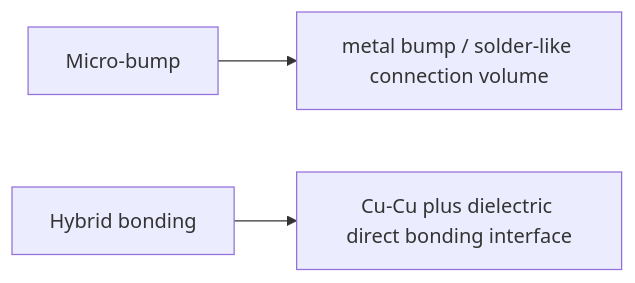
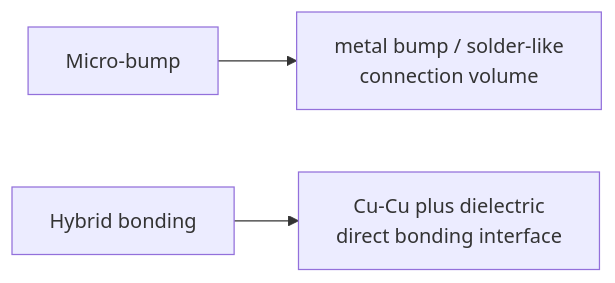
Before and after one commit to microarch-flow/wiki: the first of 3 diagrams in series/chip-development/FAB/wiki/04-back-end-packaging/3d-routes/micro-bump-vs-hybrid-bonding.md, drawn with Mermaid. The commit also changed 13 other files, not shown here.

Commit message:
Keep chip development diagrams readable on narrow screens

````diff
--- a/series/chip-development/FAB/wiki/04-back-end-packaging/3d-routes/micro-bump-vs-hybrid-bonding.md
+++ b/series/chip-development/FAB/wiki/04-back-end-packaging/3d-routes/micro-bump-vs-hybrid-bonding.md
@@ -12,5 +12,5 @@
 ```mermaid
 graph LR
-    A[Micro-bump] --> A1[metal bump / solder-like connection volume]
-    B[Hybrid bonding] --> B1[Cu-Cu plus dielectric direct bonding interface]
+    A[Micro-bump] --> A1["metal bump / solder-like<br/>connection volume"]
+    B[Hybrid bonding] --> B1["Cu-Cu plus dielectric<br/>direct bonding interface"]
 ```
````
